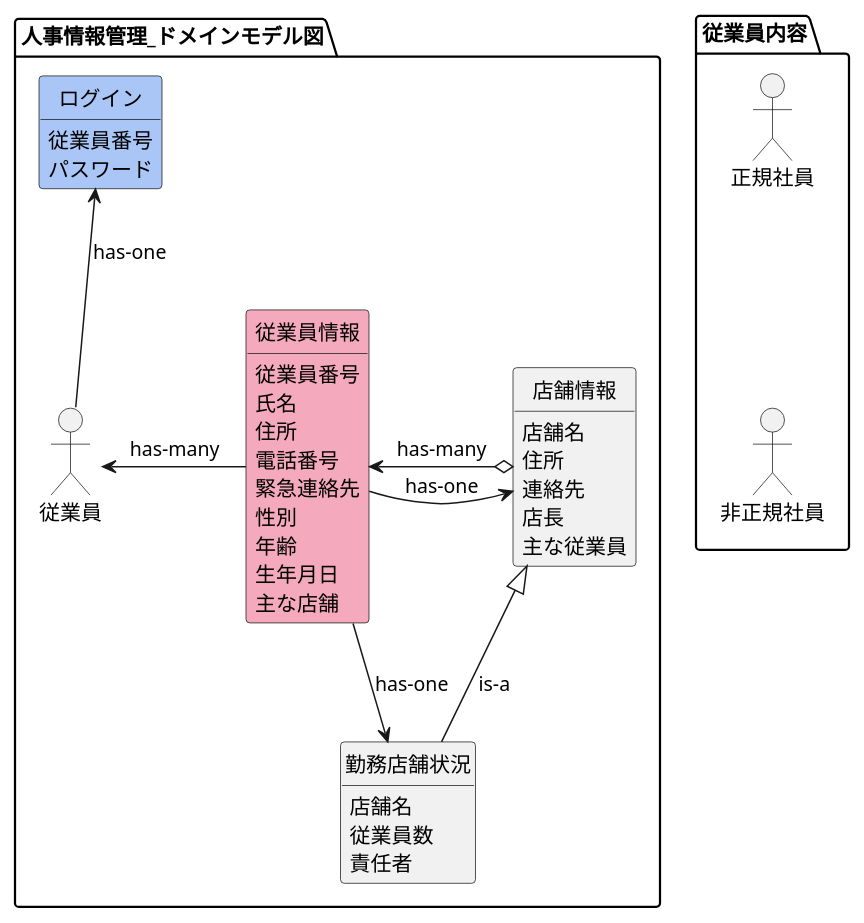
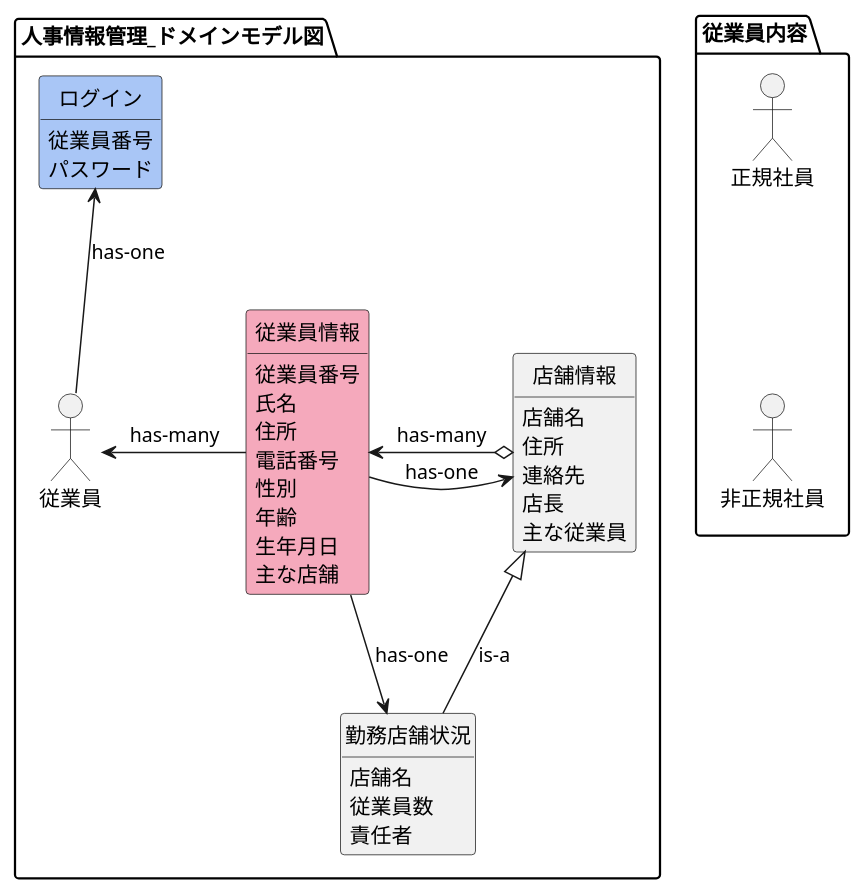
Before and after one commit to HaruShim/Sotuken: the diagram in 各種設計書/1ドメインモデル図/ドメインモデル図_人事.wsd, drawn with PlantUML. The commit also changed 1 other file, not shown here.

```diff
--- a/各種設計書/1ドメインモデル図/ドメインモデル図_人事.wsd
+++ b/各種設計書/1ドメインモデル図/ドメインモデル図_人事.wsd
@@ -1,61 +1,60 @@
 @startuml domainmodel
 ' left to right direction
 
 hide circle
 hide method
 
 package 従業員内容 {
   mix_actor 正規社員 
   mix_actor 非正規社員
 }
 
 正規社員 -[hidden]- 非正規社員
 
 package 人事情報管理_ドメインモデル図{
   mix_actor 従業員
   class 従業員情報 #F5A9BC
   class 店舗情報
   class 勤務店舗状況 
   class ログイン #A9C6F6
 
   従業員情報 -[hidden]left- 従業員
 
   ログイン : 従業員番号
   ログイン : パスワード
 
   従業員情報 : 従業員番号
   従業員情報 : 氏名
   従業員情報 : 住所
   従業員情報 : 電話番号
-  従業員情報 : 緊急連絡先
   従業員情報 : 性別
   従業員情報 : 年齢
   従業員情報 : 生年月日
   従業員情報 : 主な店舗
   店舗情報 : 店舗名
   店舗情報 : 住所
   店舗情報 : 連絡先
   店舗情報 : 店長
   店舗情報 : 主な従業員
   勤務店舗状況 : 店舗名
   勤務店舗状況 : 従業員数
   勤務店舗状況 : 責任者
 
   従業員 -up-> ログイン : has-one 
   従業員 <- 従業員情報 : has-many
   従業員情報 -right-> 店舗情報 : has-one 
   従業員情報 --> 勤務店舗状況 : has-one
   店舗情報 <|-- 勤務店舗状況 : is-a
   ' 従業員情報 -[hidden]- 店舗情報
   ' 従業員情報 --> 店舗情報
   店舗情報 o--> 従業員情報 : has-many
   ' 店舗情報 -[hidden]down- 勤務店舗状況
 
   ' 正規社員 -[hidden]up- 従業員情報 
 
   ' 正規社員 -> 従業員情報 : has-one
   ' 非正規社員 -> 従業員情報 : has-one
   ' 非正規社員 -> 勤務店舗状況 : has-one
   ' 店舗情報 o--> 勤務店舗状況 :has-many
 }
 @enduml
```
